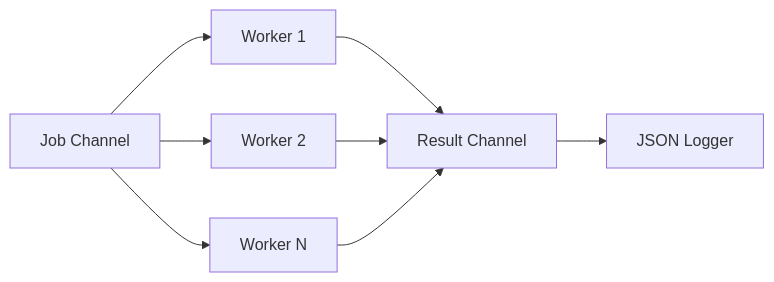
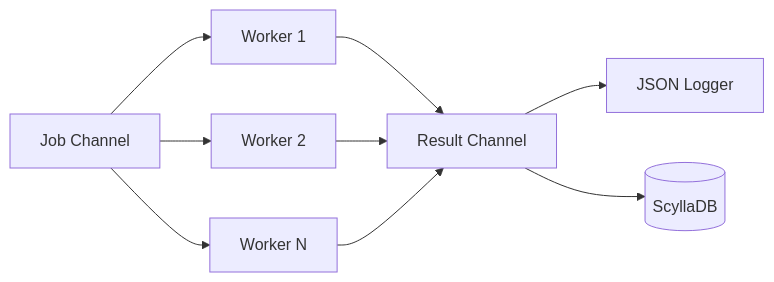
The third of 3 diagrams in readme.md (tharun-p/pauli), drawn with Mermaid before and after one commit. The commit also changed other lines of this file, not shown here.

````diff
--- a/readme.md
+++ b/readme.md
@@ -210,10 +337,11 @@
 ```mermaid
 flowchart LR
     JobQueue[Job Channel] --> W1[Worker 1]
     JobQueue --> W2[Worker 2]
     JobQueue --> W3[Worker N]
     W1 --> Results[Result Channel]
     W2 --> Results
     W3 --> Results
     Results --> Logger[JSON Logger]
+    Results --> DB[(ScyllaDB)]
 ```
````
